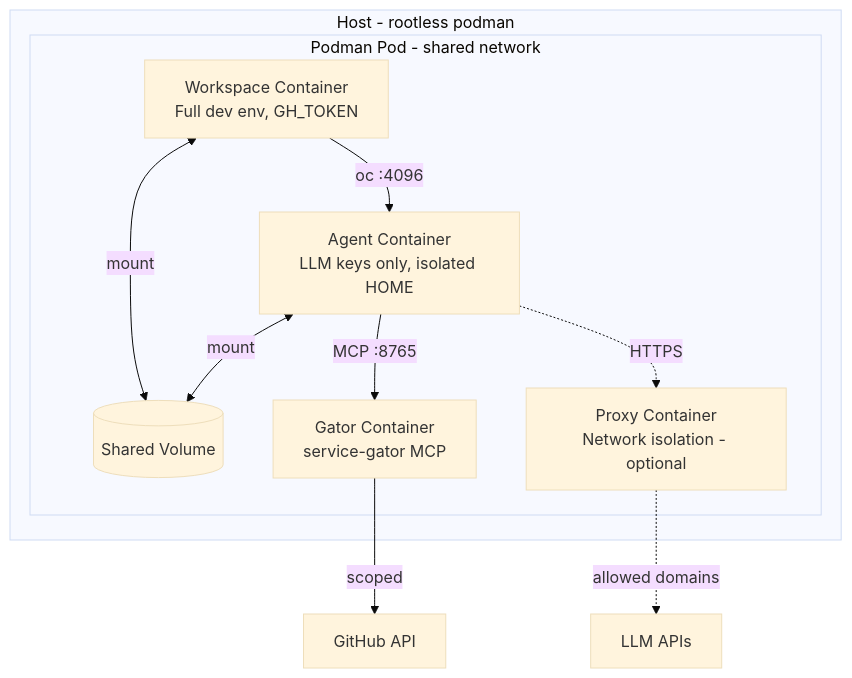
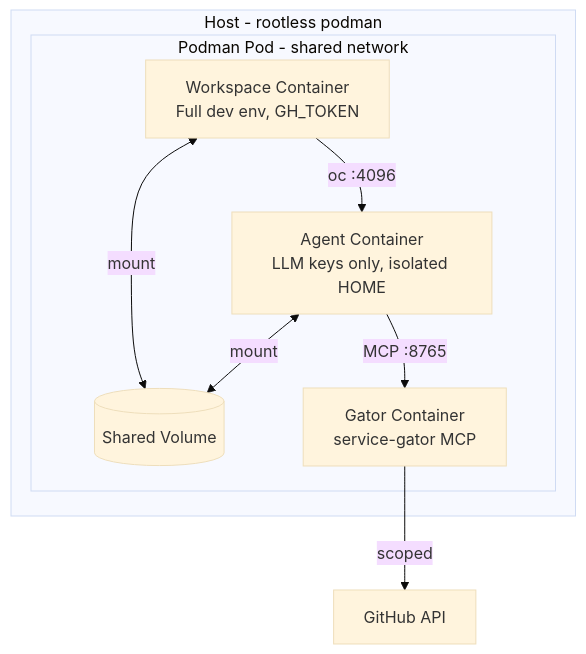
Before and after one commit to arewm/devaipod: the diagram in docs/src/sandboxing.md, drawn with Mermaid (base theme). The commit also changed other lines of this file and 8 other files, not shown here.

First line of the commit message:
Remove untested network isolation feature

````diff
--- a/docs/src/sandboxing.md
+++ b/docs/src/sandboxing.md
@@ -21,19 +19,16 @@
 ```mermaid
 flowchart TB
     subgraph host[Host - rootless podman]
         subgraph pod[Podman Pod - shared network]
             workspace[Workspace Container<br/>Full dev env, GH_TOKEN]
             agent[Agent Container<br/>LLM keys only, isolated HOME]
             gator[Gator Container<br/>service-gator MCP]
-            proxy[Proxy Container<br/>Network isolation - optional]
             volume[(Shared Volume)]
         end
     end
     workspace <-->|mount| volume
     agent <-->|mount| volume
     workspace -->|oc :4096| agent
     agent -->|MCP :8765| gator
-    agent -.->|HTTPS| proxy
     gator -->|scoped| github[GitHub API]
-    proxy -.->|allowed domains| llm[LLM APIs]
 ```
````
